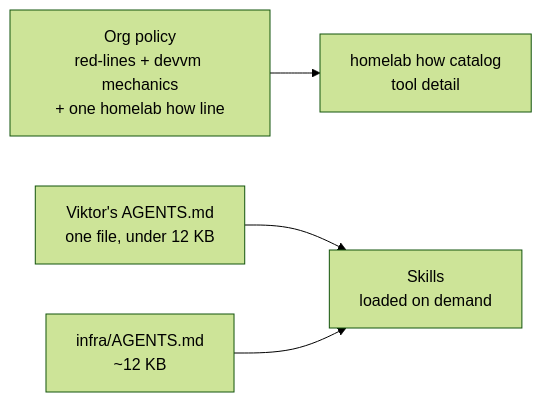
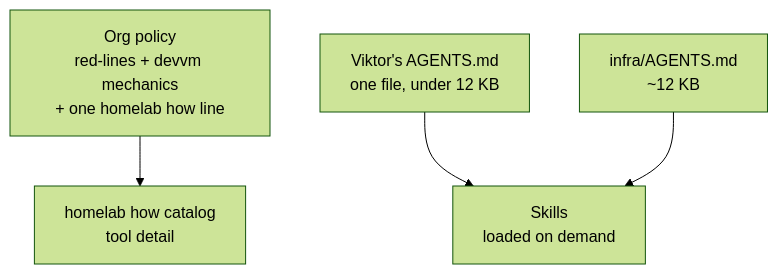
Before and after one commit to ViktorBarzin/infra: the diagram in docs/plans/2026-11-09-agent-files-cleanup.md, drawn with Mermaid (forest theme). The commit also changed other lines of this file, not shown here.

Commit message:
docs: mark the agent-files cleanup plan done
It landed and was checked live on 2026-11-09; the diagram goes top-down for
reading on a phone.

````diff
--- a/docs/plans/2026-11-09-agent-files-cleanup.md
+++ b/docs/plans/2026-11-09-agent-files-cleanup.md
@@ -40,11 +40,11 @@
 ```mermaid
-flowchart LR
+flowchart TD
   org["Org policy<br/>red-lines + devvm mechanics<br/>+ one homelab how line"]
   vik["Viktor's AGENTS.md<br/>one file, under 12 KB"]
   infra["infra/AGENTS.md<br/>~12 KB"]
   how["homelab how catalog<br/>tool detail"]
   skills["Skills<br/>loaded on demand"]
   org --> how
   vik --> skills
   infra --> skills
 ```
````
